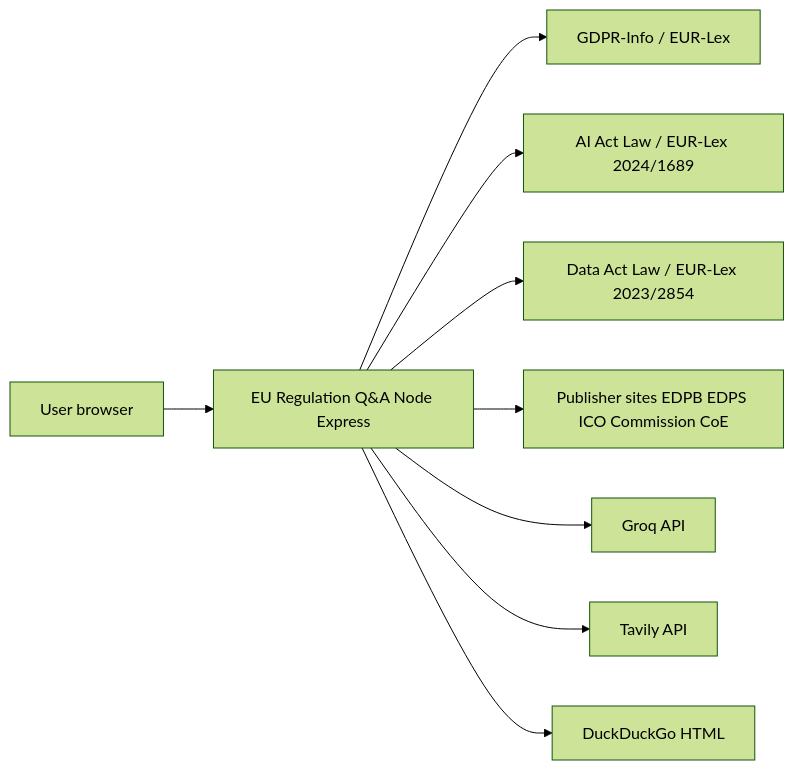
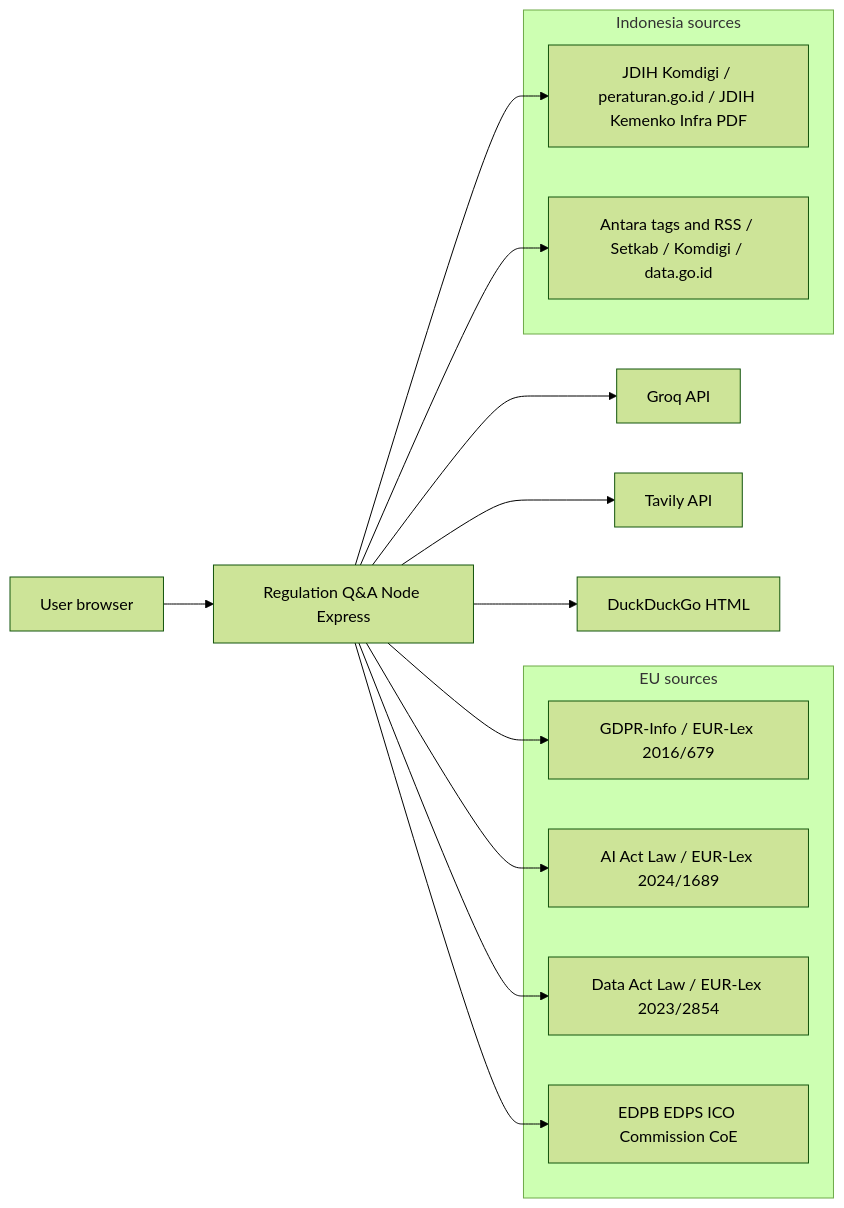
Before and after one commit to RifqiMT/gdpr-qa-platform: the first of 8 diagrams in docs/ARCHITECTURE.md, drawn with Mermaid (forest theme). The commit also changed other lines of this file and 54 other files, not shown here.

````diff
--- a/docs/ARCHITECTURE.md
+++ b/docs/ARCHITECTURE.md
@@ -8,21 +10,32 @@
 ```mermaid
 flowchart LR
   user[User browser]
-  app[EU Regulation Q&A Node Express]
-  gdprSrc[GDPR-Info / EUR-Lex]
-  aiSrc[AI Act Law / EUR-Lex 2024/1689]
-  daSrc[Data Act Law / EUR-Lex 2023/2854]
-  news[Publisher sites EDPB EDPS ICO Commission CoE]
+  app[Regulation Q&A Node Express]
+
+  subgraph EU["EU sources"]
+    gdprSrc[GDPR-Info / EUR-Lex 2016/679]
+    aiSrc[AI Act Law / EUR-Lex 2024/1689]
+    daSrc[Data Act Law / EUR-Lex 2023/2854]
+    euNews[EDPB EDPS ICO Commission CoE]
+  end
+
+  subgraph ID["Indonesia sources"]
+    jdih[JDIH Komdigi / peraturan.go.id / JDIH Kemenko Infra PDF]
+    idNews[Antara tags and RSS / Setkab / Komdigi / data.go.id]
+  end
+
   groq[Groq API]
   tavily[Tavily API]
   ddg[DuckDuckGo HTML]
 
   user --> app
   app --> gdprSrc
   app --> aiSrc
   app --> daSrc
-  app --> news
+  app --> jdih
+  app --> euNews
+  app --> idNews
   app --> groq
   app --> tavily
   app --> ddg
 ```
````
